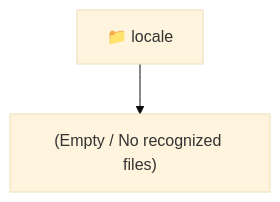
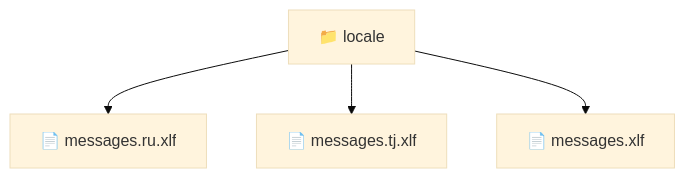
The diagram in frontend/src/locale/README.md (beginwebdev2002/fullstack-mavluda), drawn with Mermaid (base theme) before and after one commit. The commit also changed other lines of this file and 157 other files, not shown here.

````diff
--- a/frontend/src/locale/README.md
+++ b/frontend/src/locale/README.md
@@ -9,5 +9,7 @@
 ```mermaid
 graph TD
   Root["📁 locale"]
-  Root --> Empty["(Empty / No recognized files)"]
+  Root --> messages_ru_xlf["📄 messages.ru.xlf"]
+  Root --> messages_tj_xlf["📄 messages.tj.xlf"]
+  Root --> messages_xlf["📄 messages.xlf"]
 ```
````
